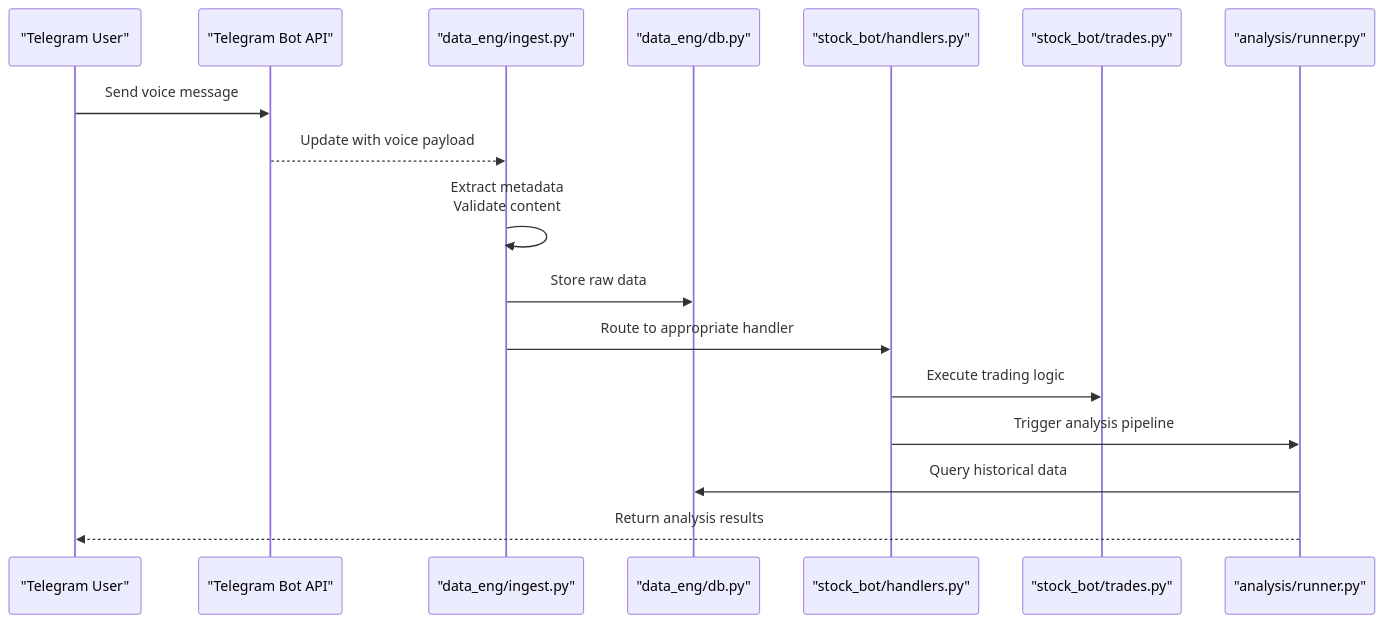
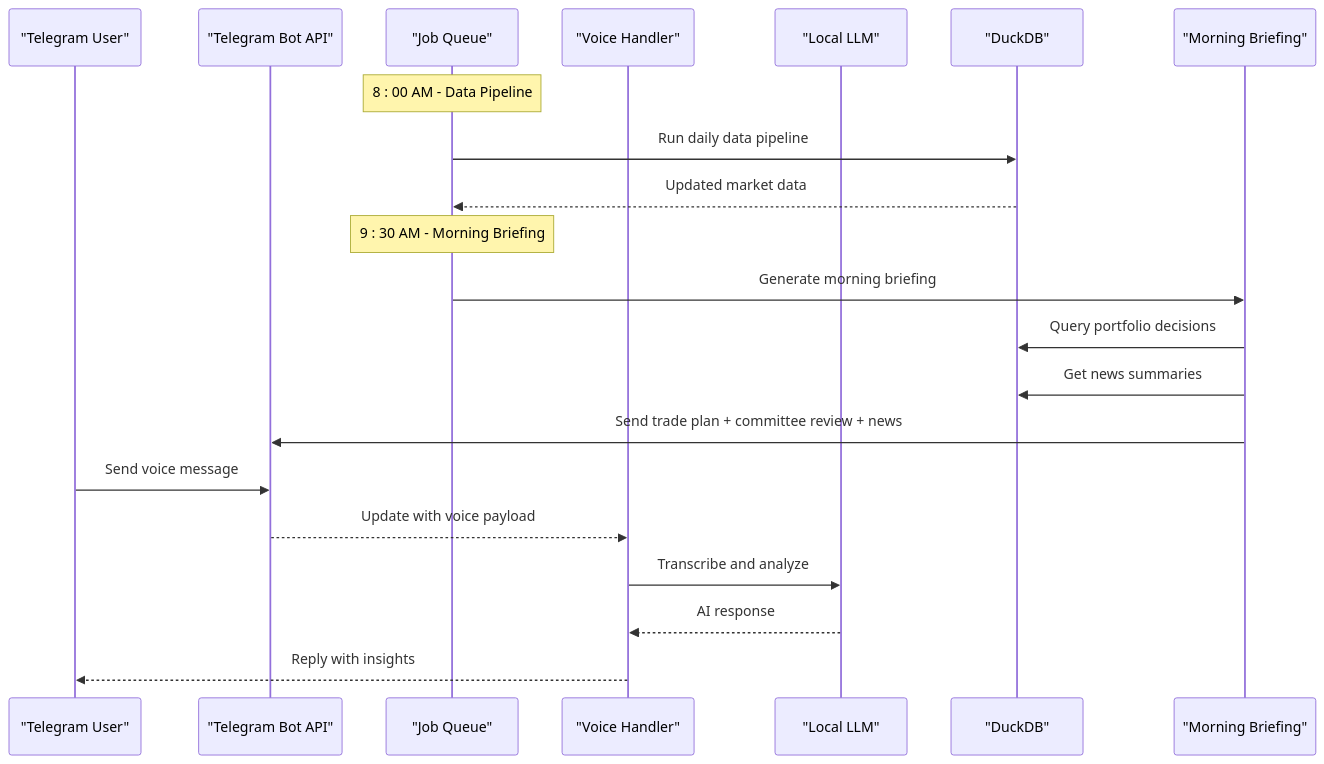
The second of 5 diagrams in .qoder/repowiki/en/content/Project Overview.md (ZengSeng/telegram-bot), drawn with Mermaid before and after one commit. The commit also changed other lines of this file and 8 other files, not shown here.

````diff
--- a/.qoder/repowiki/en/content/Project Overview.md
+++ b/.qoder/repowiki/en/content/Project Overview.md
@@ -180,19 +171,23 @@
 ```mermaid
 sequenceDiagram
 participant User as "Telegram User"
 participant TGAPI as "Telegram Bot API"
-participant Ingest as "data_eng/ingest.py"
-participant DB as "data_eng/db.py"
-participant Handler as "stock_bot/handlers.py"
-participant Trader as "stock_bot/trades.py"
-participant Analyzer as "analysis/runner.py"
+participant Scheduler as "Job Queue"
+participant Ingest as "Voice Handler"
+participant LLM as "Local LLM"
+participant DB as "DuckDB"
+participant Briefing as "Morning Briefing"
+Note over Scheduler : 8 : 00 AM - Data Pipeline
+Scheduler->>DB : Run daily data pipeline
+DB-->>Scheduler : Updated market data
+Note over Scheduler : 9 : 30 AM - Morning Briefing
+Scheduler->>Briefing : Generate morning briefing
+Briefing->>DB : Query portfolio decisions
+Briefing->>DB : Get news summaries
+Briefing->>TGAPI : Send trade plan + committee review + news
 User->>TGAPI : Send voice message
 TGAPI-->>Ingest : Update with voice payload
-Ingest->>Ingest : Extract metadata<br/>Validate content
-Ingest->>DB : Store raw data
-Ingest->>Handler : Route to appropriate handler
-Handler->>Trader : Execute trading logic
-Handler->>Analyzer : Trigger analysis pipeline
-Analyzer->>DB : Query historical data
-Analyzer-->>User : Return analysis results
+Ingest->>LLM : Transcribe and analyze
+LLM-->>Ingest : AI response
+Ingest-->>User : Reply with insights
 ```
````
